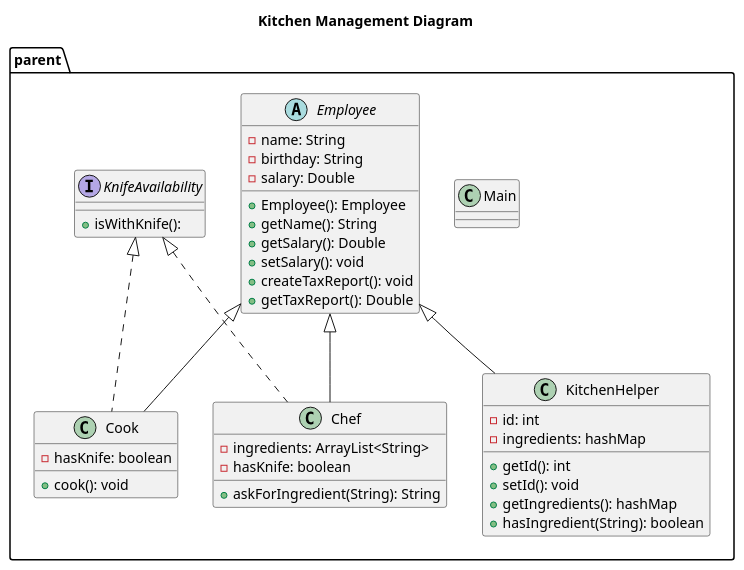
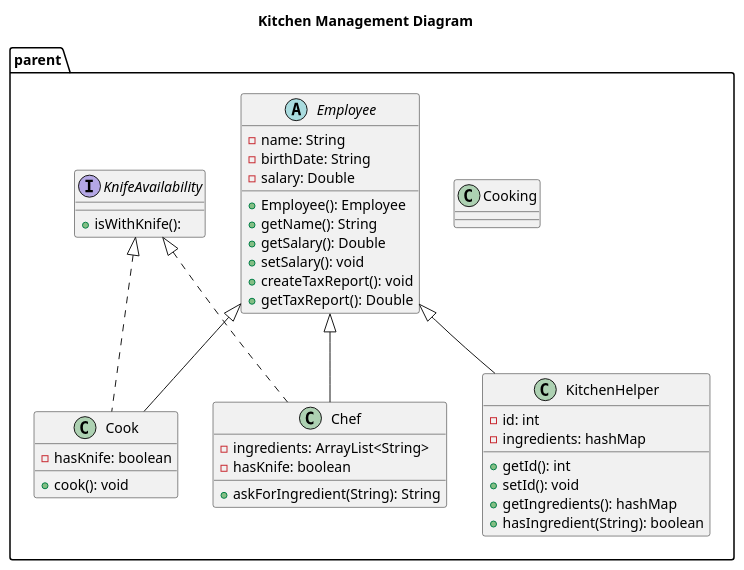
The diagram in diagrams/kitchmng.puml (silviurdr/kitchen-management), drawn with PlantUML before and after one commit. The commit also changed 11 other files, not shown here.

```diff
--- a/diagrams/kitchmng.puml
+++ b/diagrams/kitchmng.puml
@@ -1,83 +1,83 @@
 @startuml
 
 
 title Kitchen Management Diagram
 
 package "parent" {
 
     together {
 
 
 
 
-        class Main {
+        class Cooking {
 
         }
 
         abstract class Employee {
 
             - name: String
-            - birthday: String
+            - birthDate: String
             - salary: Double
             + Employee(): Employee
             + getName(): String
             + getSalary(): Double
             + setSalary(): void
             + createTaxReport(): void
             + getTaxReport(): Double
         }
 
         interface KnifeAvailability {
 
             + isWithKnife():
 
         }
 
     }
 
     together {
 
         class Chef {
 
 
         - ingredients: ArrayList<String>
         - hasKnife: boolean
         + askForIngredient(String): String
 
         }
 
         class Cook {
 
         - hasKnife: boolean
         + cook(): void
 
 
         }
 
         class KitchenHelper {
 
         - id: int
         - ingredients: hashMap
         + getId(): int
         + setId(): void
         + getIngredients(): hashMap
         + hasIngredient(String): boolean
 
         }
 
 
     }
 
 class Chef extends Employee
 class Chef implements KnifeAvailability
 class Cook extends Employee
 class Cook implements KnifeAvailability
 class KitchenHelper extends Employee
 
 
 
 }
 
 
 
 @enduml
```
